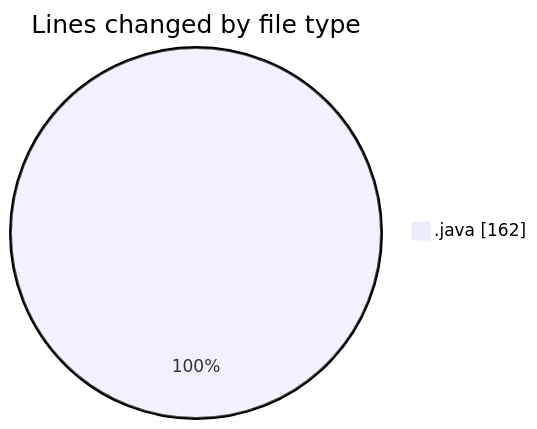
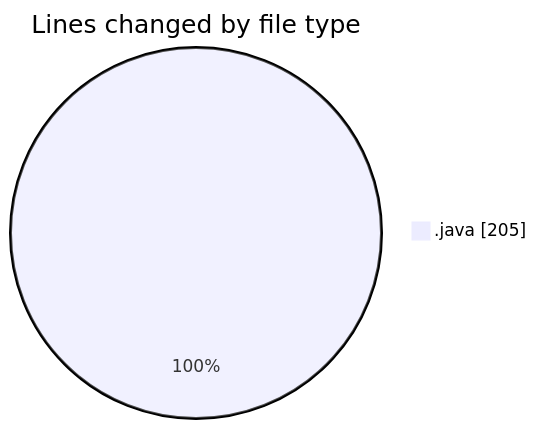
Before and after one commit to NitaiMahat/code-tracking: the first of 2 diagrams in 2025-03-10/startfiles__1_/README.md, drawn with Mermaid. The commit also changed other lines of this file and 1 other file, not shown here.

````diff
--- a/2025-03-10/startfiles__1_/README.md
+++ b/2025-03-10/startfiles__1_/README.md
@@ -23,5 +24,5 @@
 ```mermaid
 pie showData
 title Lines changed by file type
-".java" : 162
+".java" : 205
 ```
````
